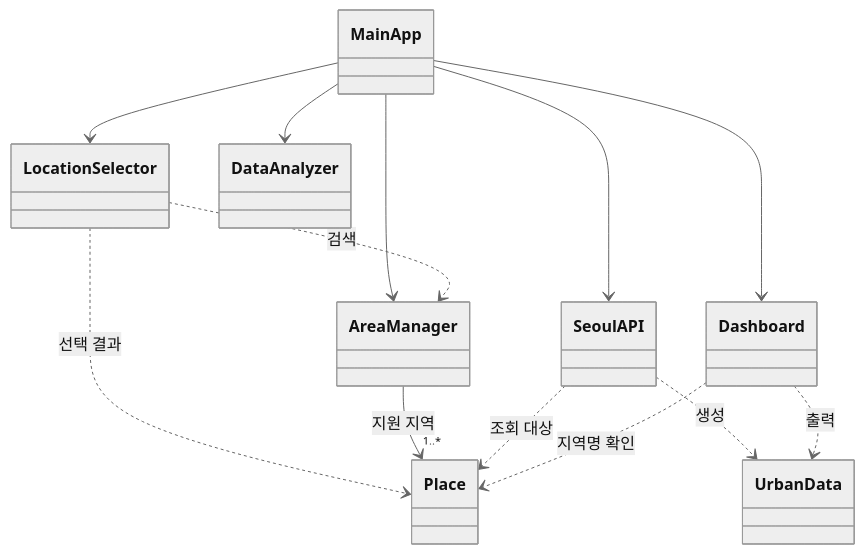
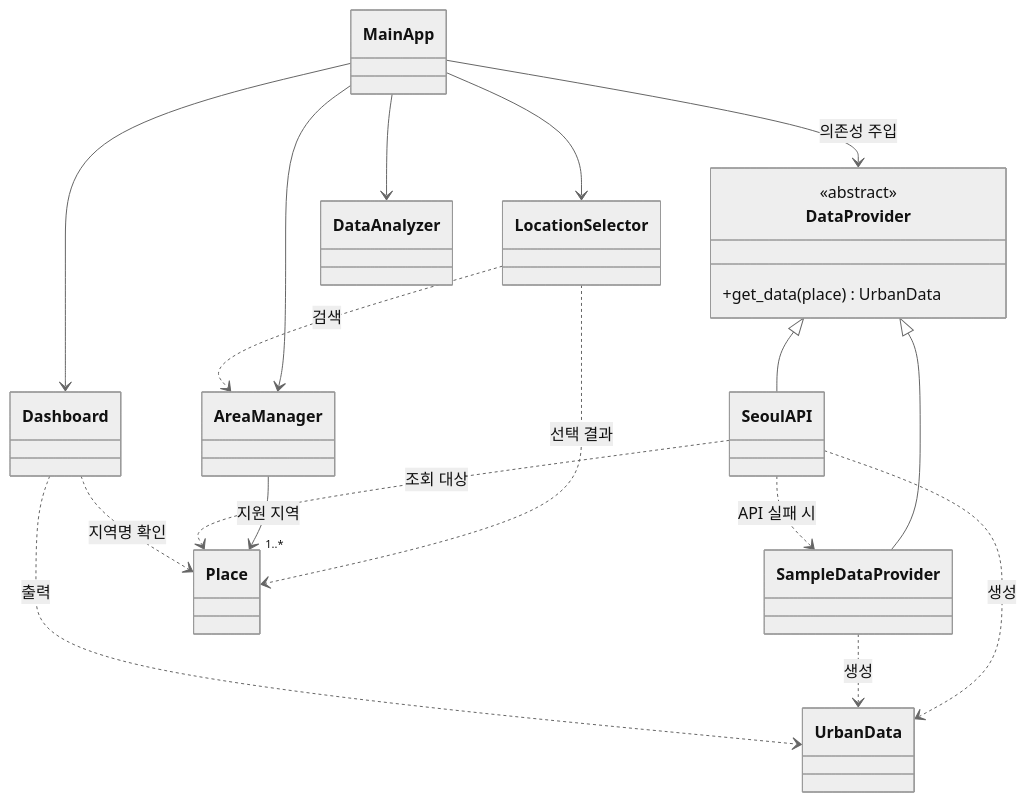
The diagram in README.md (Ginaeyo/Seoul-Real-Time-Urban-Data), drawn with Mermaid (neutral theme) before and after one commit. The commit also changed other lines of this file and 9 other files, not shown here.

````diff
--- a/README.md
+++ b/README.md
@@ -54,15 +89,29 @@
 ```mermaid
 classDiagram
+    class DataProvider {
+        <<abstract>>
+        +get_data(place) UrbanData
+    }
+
     MainApp --> LocationSelector
     MainApp --> AreaManager
-    MainApp --> SeoulAPI
+    MainApp --> DataProvider : 의존성 주입
     MainApp --> DataAnalyzer
     MainApp --> Dashboard
+
+    DataProvider <|-- SeoulAPI
+    DataProvider <|-- SampleDataProvider
+
+    SeoulAPI ..> SampleDataProvider : API 실패 시
+
     LocationSelector ..> AreaManager : 검색
     LocationSelector ..> Place : 선택 결과
     AreaManager --> "1..*" Place : 지원 지역
+
     SeoulAPI ..> Place : 조회 대상
     SeoulAPI ..> UrbanData : 생성
+    SampleDataProvider ..> UrbanData : 생성
+
     Dashboard ..> Place : 지역명 확인
     Dashboard ..> UrbanData : 출력
 ```
````
